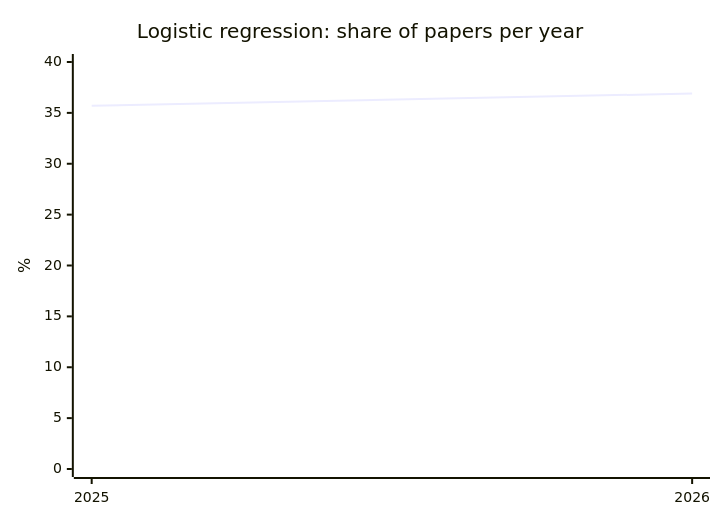
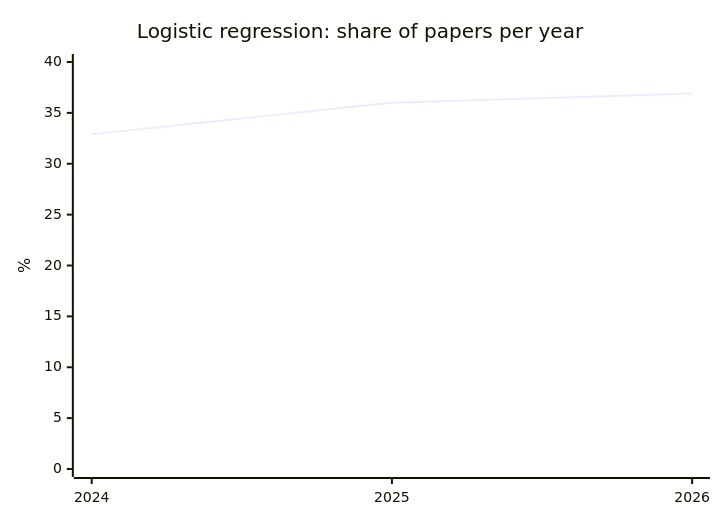
Before and after one commit to nfdi4health/datashield-function-ideas: the second of 5 diagrams in literature-watch/reports/overview.md, drawn with Mermaid. The commit also changed other lines of this file and 1 other file, not shown here.

````diff
--- a/literature-watch/reports/overview.md
+++ b/literature-watch/reports/overview.md
@@ -60,7 +60,7 @@
 ```mermaid
 xychart-beta
   title "Logistic regression: share of papers per year"
-  x-axis [2025, 2026]
+  x-axis [2024, 2025, 2026]
   y-axis "%" 0 --> 40
-  line [35.7, 36.9]
+  line [32.9, 36.0, 36.9]
 ```
````
